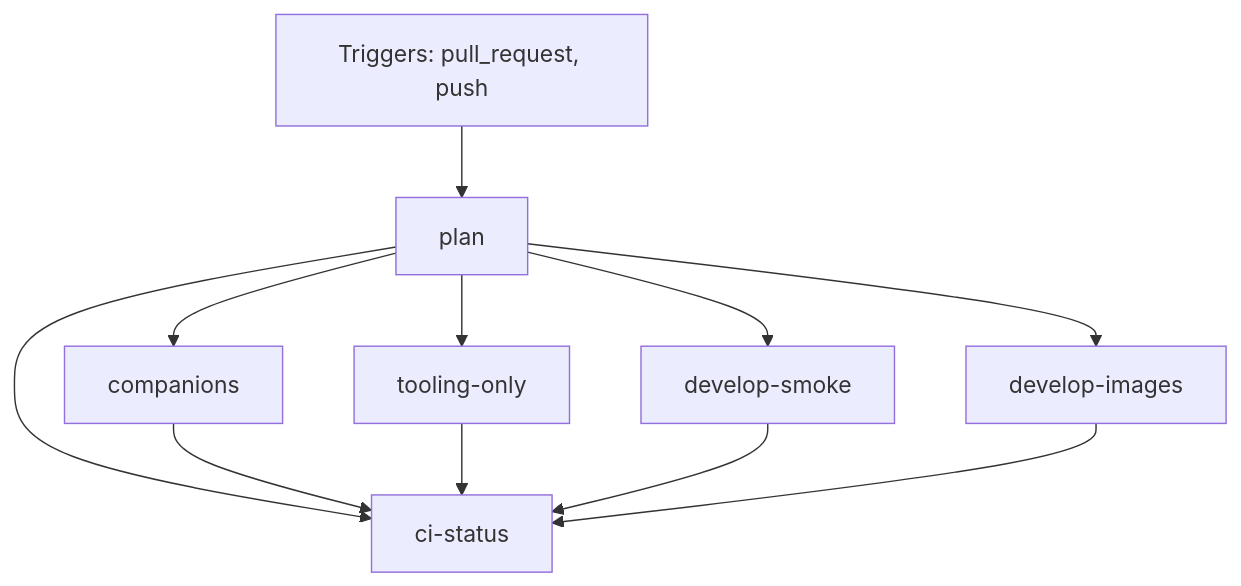
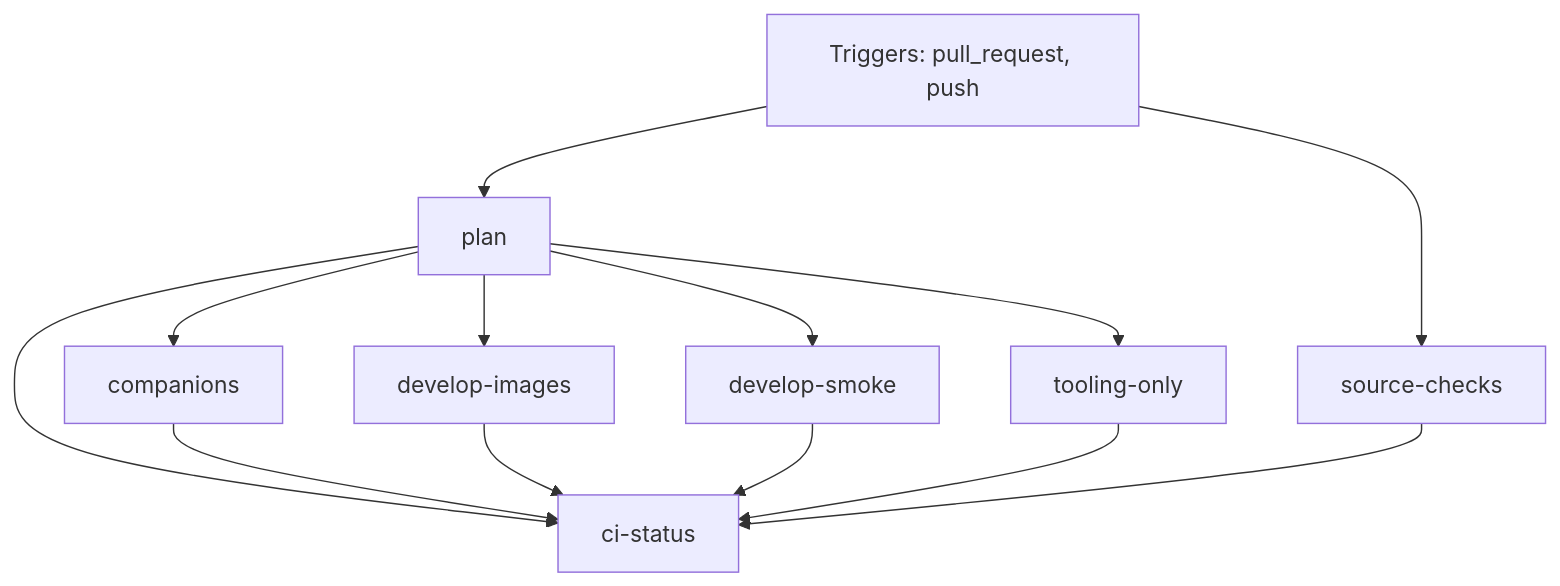
The diagram in docs/ci/github/script-companions-ci.md (FrenchExDev2/QuietCli.PoSh), drawn with Mermaid before and after one commit. The commit also changed other lines of this file and 17 other files, not shown here.

```diff
--- a/docs/ci/github/script-companions-ci.md
+++ b/docs/ci/github/script-companions-ci.md
@@ -36,20 +43,23 @@
 ~~~mermaid
 flowchart TD
     event["Triggers: pull_request, push"]
     job_ci_status["ci-status"]
     job_companions["companions"]
     job_develop_images["develop-images"]
     job_develop_smoke["develop-smoke"]
     job_plan["plan"]
+    job_source_checks["source-checks"]
     job_tooling_only["tooling-only"]
     job_plan --> job_ci_status
+    job_source_checks --> job_ci_status
     job_companions --> job_ci_status
     job_tooling_only --> job_ci_status
     job_develop_smoke --> job_ci_status
     job_develop_images --> job_ci_status
     job_plan --> job_companions
     job_plan --> job_develop_images
     job_plan --> job_develop_smoke
     event --> job_plan
+    event --> job_source_checks
     job_plan --> job_tooling_only
 ~~~
```
